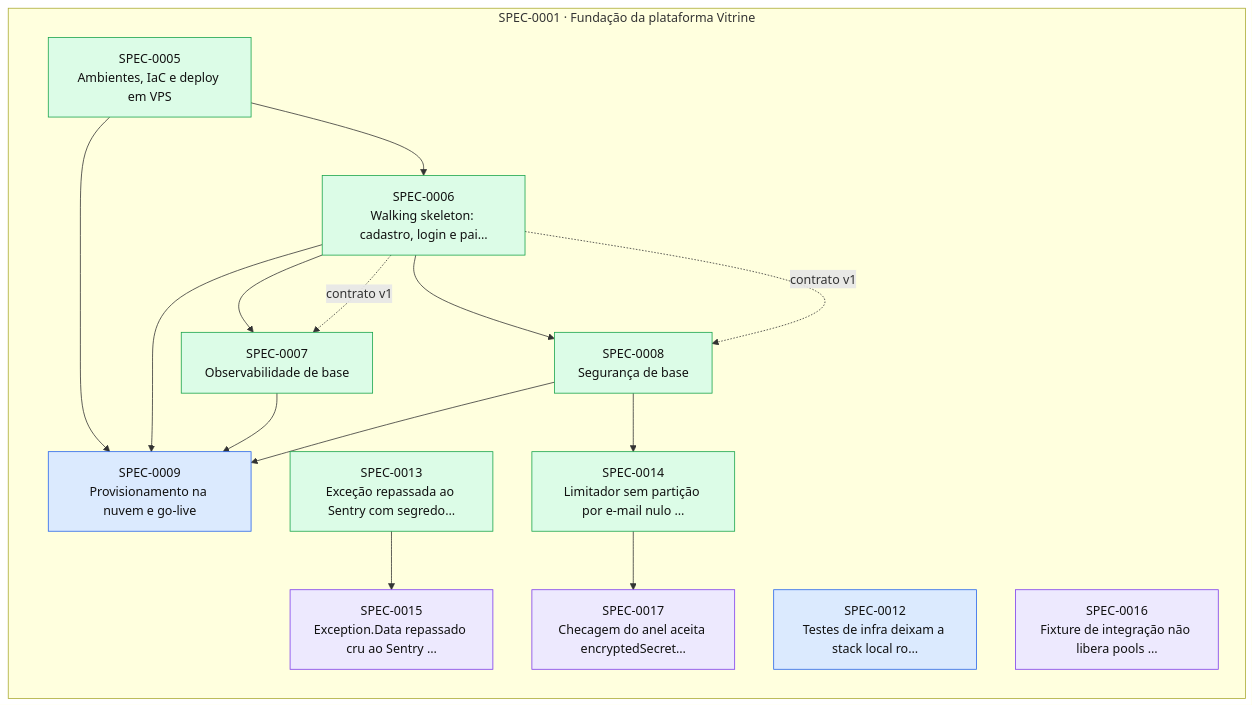
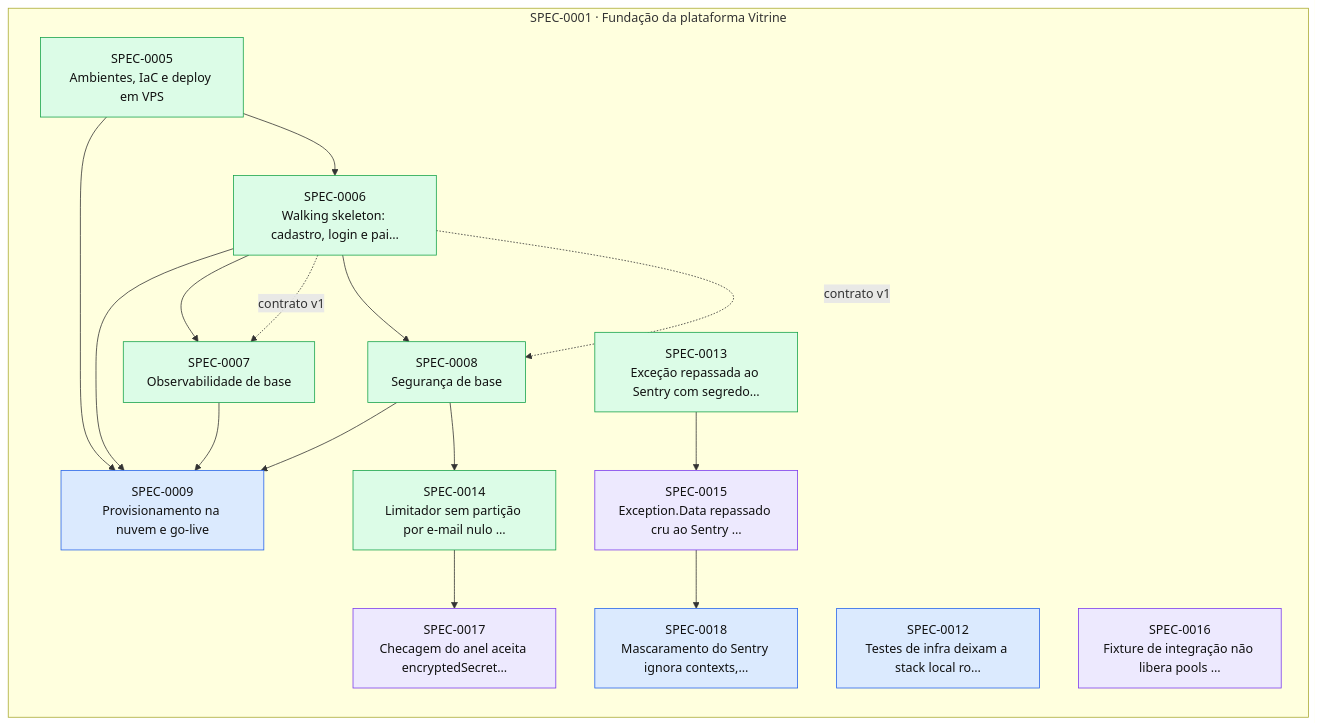
The diagram in docs/specs/INDEX.md (thomasravache/vitrine), drawn with Mermaid before and after one commit. The commit also changed other lines of this file and 2 other files, not shown here.

First line of the commit message:
docs(specs): G4 da SPEC-0015 e SPEC-0018 (achados da review)

````diff
--- a/docs/specs/INDEX.md
+++ b/docs/specs/INDEX.md
@@ -60,33 +61,35 @@
 ```mermaid
 flowchart LR
   subgraph E0001["SPEC-0001 · Fundação da plataforma Vitrine"]
     S0005["SPEC-0005<br/>Ambientes, IaC e deploy em VPS"]:::implemented
     S0006["SPEC-0006<br/>Walking skeleton: cadastro, login e pai…"]:::implemented
     S0007["SPEC-0007<br/>Observabilidade de base"]:::implemented
     S0008["SPEC-0008<br/>Segurança de base"]:::implemented
     S0009["SPEC-0009<br/>Provisionamento na nuvem e go-live"]:::approved
     S0012["SPEC-0012<br/>Testes de infra deixam a stack local ro…"]:::approved
     S0013["SPEC-0013<br/>Exceção repassada ao Sentry com segredo…"]:::implemented
     S0014["SPEC-0014<br/>Limitador sem partição por e-mail nulo …"]:::implemented
     S0015["SPEC-0015<br/>Exception.Data repassado cru ao Sentry …"]:::inprogress
     S0016["SPEC-0016<br/>Fixture de integração não libera pools …"]:::inprogress
     S0017["SPEC-0017<br/>Checagem do anel aceita encryptedSecret…"]:::inprogress
+    S0018["SPEC-0018<br/>Mascaramento do Sentry ignora contexts,…"]:::approved
   end
   S0005 --> S0006
   S0006 --> S0007
   S0006 -. contrato v1 .-> S0007
   S0006 --> S0008
   S0006 -. contrato v1 .-> S0008
   S0005 --> S0009
   S0006 --> S0009
   S0007 --> S0009
   S0008 --> S0009
   S0008 --> S0014
   S0013 --> S0015
   S0014 --> S0017
+  S0015 --> S0018
   classDef proposed fill:#fef3c7,stroke:#d97706,color:#111
   classDef approved fill:#dbeafe,stroke:#2563eb,color:#111
   classDef inprogress fill:#ede9fe,stroke:#7c3aed,color:#111
   classDef implemented fill:#dcfce7,stroke:#16a34a,color:#111
   classDef deprecated fill:#f3f4f6,stroke:#9ca3af,color:#6b7280
 ```
````
